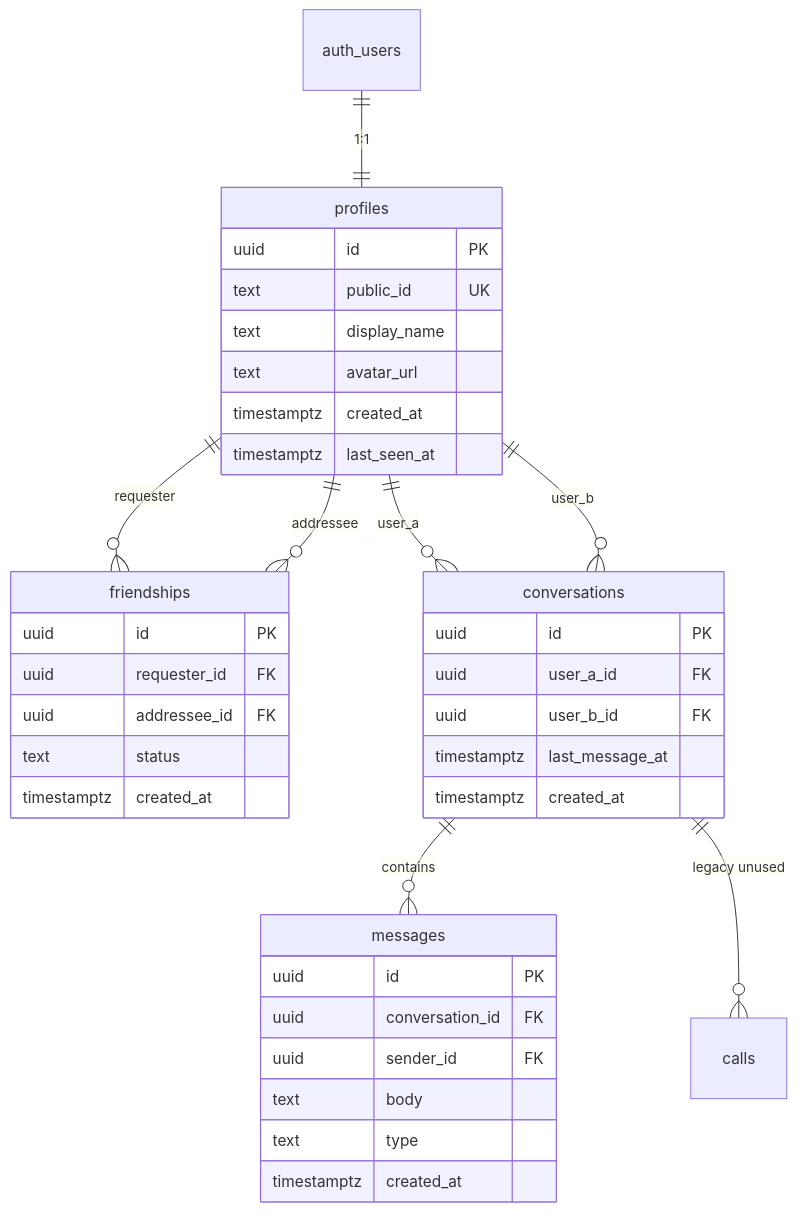
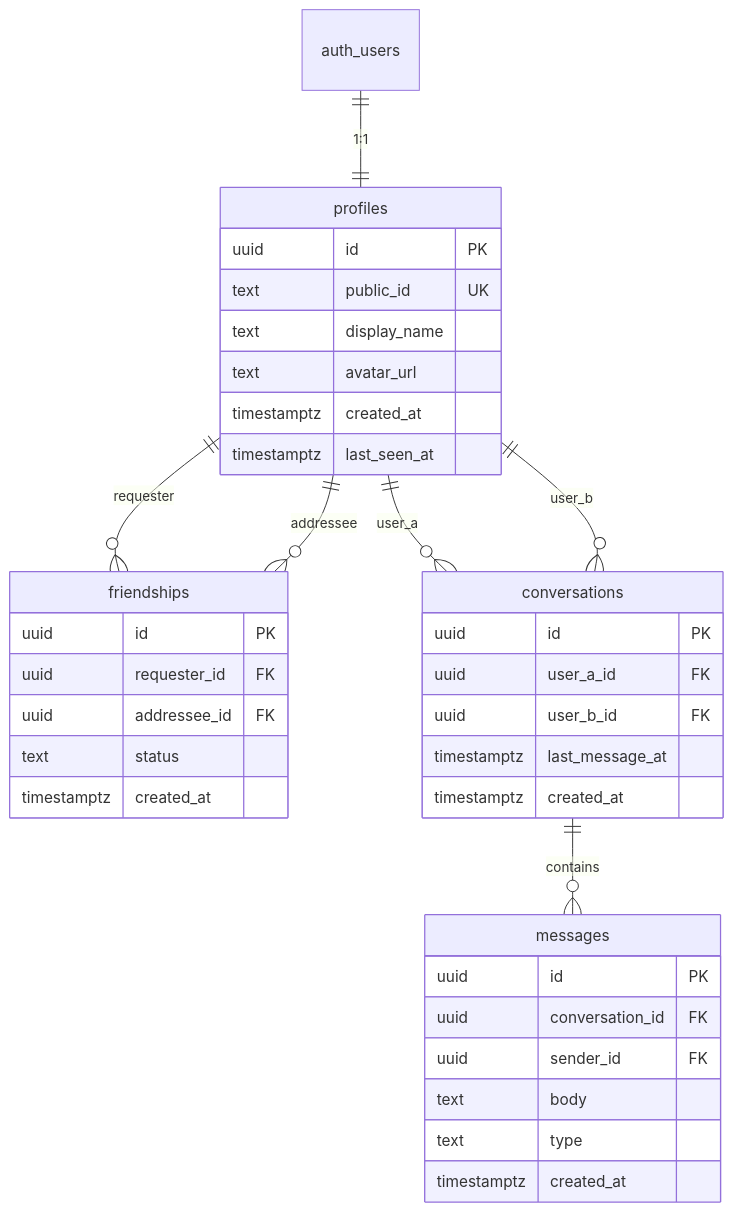
One commit to mustafafoisol/CallingApp changed the diagram in architecture/features/data-model-and-security.md. Above: the diagram before and after it, drawn with Mermaid. The commit also changed other lines of this file and 3 other files, not shown here.

First line of the commit message:
chore(db): drop legacy calls table

````diff
--- a/architecture/features/data-model-and-security.md
+++ b/architecture/features/data-model-and-security.md
@@ -7,44 +7,43 @@
 ```mermaid
 erDiagram
   auth_users ||--|| profiles : "1:1"
   profiles ||--o{ friendships : "requester"
   profiles ||--o{ friendships : "addressee"
   profiles ||--o{ conversations : "user_a"
   profiles ||--o{ conversations : "user_b"
   conversations ||--o{ messages : contains
-  conversations ||--o{ calls : "legacy unused"
 
   profiles {
     uuid id PK
     text public_id UK
     text display_name
     text avatar_url
     timestamptz created_at
     timestamptz last_seen_at
   }
 
   friendships {
     uuid id PK
     uuid requester_id FK
     uuid addressee_id FK
     text status
     timestamptz created_at
   }
 
   conversations {
     uuid id PK
     uuid user_a_id FK
     uuid user_b_id FK
     timestamptz last_message_at
     timestamptz created_at
   }
 
   messages {
     uuid id PK
     uuid conversation_id FK
     uuid sender_id FK
     text body
     text type
     timestamptz created_at
   }
 ```
````
